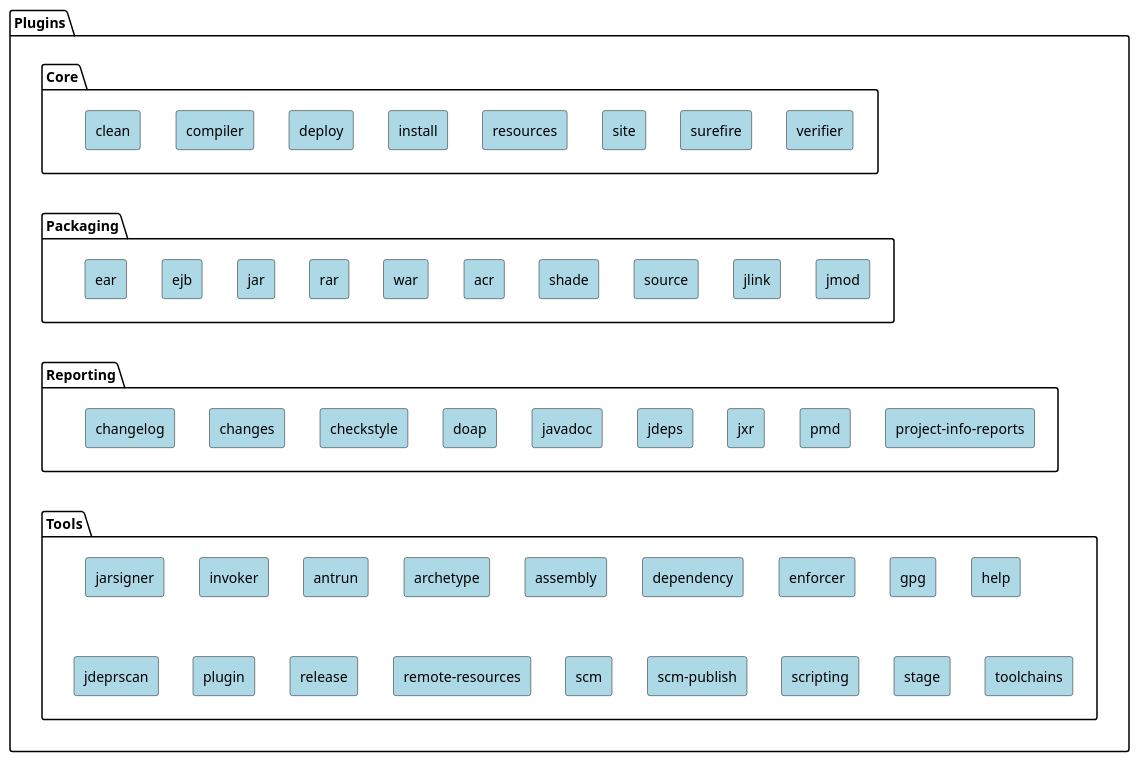
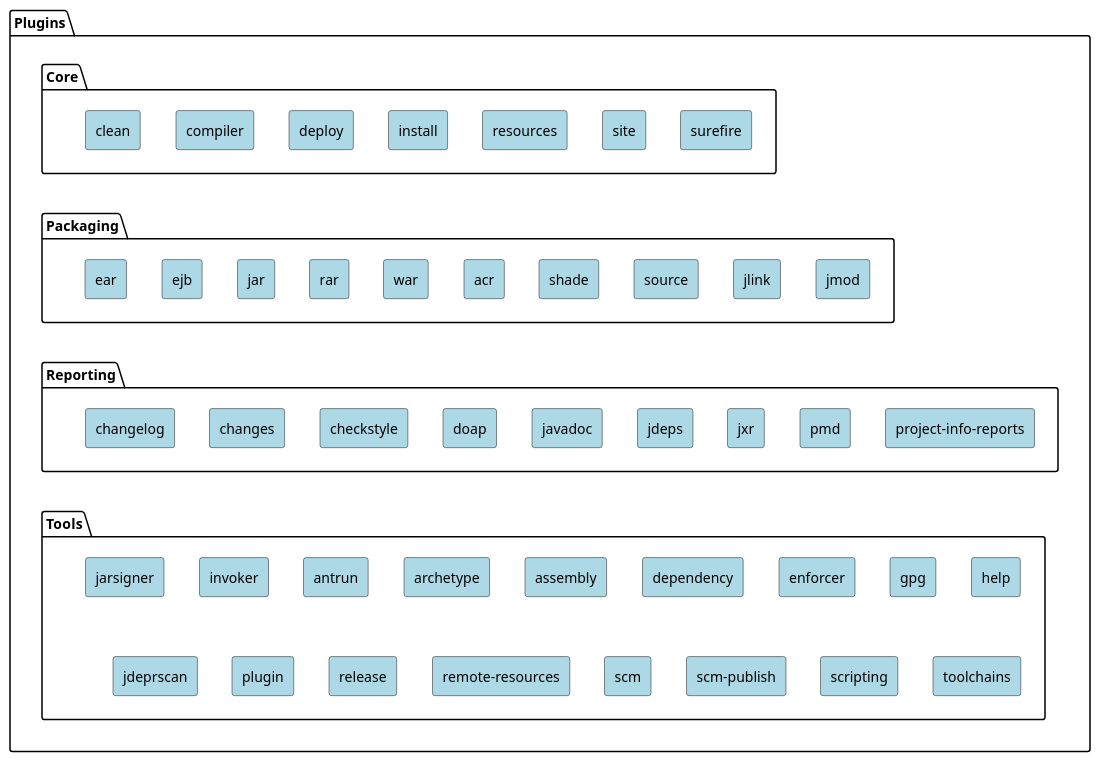
The diagram in src/plantuml/maven-sources/plugins.puml (apache/maven-site), drawn with PlantUML before and after one commit. The commit also changed 2 other files, not shown here.

Commit message:
Move the Stage and Verifier plugins to the retired list
Both were retired by the vote that passed on 2025-11-29, so they leave the
supported table and gain a row in the retired one, dated to the vote result:
https://lists.apache.org/thread/j0dqo61wlm7fxsrvgq0r718nzpjc1byk

Their entries also come out of scm.md and of the PlantUML source behind the
diagram on that page, since neither repository will accept contributions once
INFRA archives it. Removing a node means rewiring the -[hidden]> chain that
orders the diagram: scripting now points straight at toolchains, and surefire
ends the Core chain.

```diff
--- a/src/plantuml/maven-sources/plugins.puml
+++ b/src/plantuml/maven-sources/plugins.puml
@@ -19,171 +19,165 @@
 @startuml
 
 <style>
     rectangle {
         BackgroundColor LightBlue
     }
 }
 </style>
 
 package Plugins {
 
   package Core {
     rectangle clean
     rectangle compiler
     rectangle deploy
     rectangle install
     rectangle resources
     rectangle site
     rectangle surefire
-    rectangle verifier
   }
 
   package Packaging {
     rectangle ear
     rectangle ejb
     rectangle jar
     rectangle rar
     rectangle war
     rectangle acr
     rectangle shade
     rectangle source
     rectangle jlink
     rectangle jmod
   }
 
   package Reporting {
     rectangle changelog
     rectangle changes
     rectangle checkstyle
     rectangle doap
     rectangle javadoc
     rectangle jdeps
     rectangle jxr
     rectangle pmd
     rectangle "project-info-reports"
   }
 
   package Tools{
     rectangle antrun
     rectangle archetype
     rectangle assembly
     rectangle dependency
     rectangle enforcer
     rectangle gpg
     rectangle help
     rectangle invoker
     rectangle jarsigner
     rectangle jdeprscan
     rectangle plugin
     rectangle release
     rectangle "remote-resources"
     rectangle scm
     rectangle "scm-publish"
     rectangle scripting
-    rectangle stage
     rectangle toolchains
   }
 }
 
 'hidden dependencies to change layout
 Core      -[hidden]down-> Packaging
 Packaging -[hidden]down-> Reporting
 Reporting -[hidden]down-> Tools
 
 clean     -[hidden]> compiler
 compiler  -[hidden]> deploy
 deploy    -[hidden]> install
 install   -[hidden]> resources
 resources -[hidden]> site
 site      -[hidden]> surefire
-surefire  -[hidden]> verifier
 
 ear       -[hidden]> ejb
 ejb       -[hidden]> jar
 jar       -[hidden]> rar
 rar       -[hidden]> war
 war       -[hidden]> acr
 acr       -[hidden]> shade
 shade     -[hidden]> source
 source    -[hidden]> jlink
 jlink     -[hidden]> jmod
 
 changelog -[hidden]> changes
 changes  -[hidden]> checkstyle
 checkstyle -[hidden]> doap
 doap -[hidden]> javadoc
 javadoc -[hidden]> jdeps
 jdeps -[hidden]> jxr
 jxr  -[hidden]> pmd
 pmd -[hidden]> "project-info-reports"
 
 antrun -[hidden]> archetype
 archetype -[hidden]> assembly
 assembly -[hidden]> dependency
 dependency -[hidden]> enforcer
 enforcer -[hidden]> gpg
 gpg -[hidden]> help
 
 antrun -[hidden]down->jdeprscan
 jdeprscan -[hidden]> plugin
 plugin -[hidden]> release
 release -[hidden]>"remote-resources"
 "remote-resources" -[hidden]> scm
 scm -[hidden]> "scm-publish"
 "scm-publish" -[hidden]> scripting
-scripting -[hidden]> stage
-stage -[hidden]> toolchains
+scripting -[hidden]> toolchains
 
 
 
 url of clean is [[https://github.com/apache/maven-clean-plugin]]
 url of compiler is [[https://github.com/apache/maven-compiler-plugin]]
 url of deploy is [[https://github.com/apache/maven-deploy-plugin]]
 url of install is [[https://github.com/apache/maven-install-plugin]]
 url of resources is [[https://github.com/apache/maven-resources-plugin]]
 url of site is [[https://github.com/apache/maven-site-plugin]]
 url of surefire is [[https://github.com/apache/maven-surefire]]
-url of verifier is [[https://github.com/apache/maven-verifier-plugin]]
 
 url of ear is [[https://github.com/apache/maven-ear-plugin]]
 url of ejb is [[https://github.com/apache/maven-ejb-plugin]]
 url of jar is [[https://github.com/apache/maven-jar-plugin]]
 url of rar is [[https://github.com/apache/maven-rar-plugin]]
 url of war is [[https://github.com/apache/maven-war-plugin]]
 url of acr is [[https://github.com/apache/maven-acr-plugin]]
 url of shade is [[https://github.com/apache/maven-shade-plugin]]
 url of source is [[https://github.com/apache/maven-source-plugin]]
 url of jlink is [[https://github.com/apache/maven-jlink-plugin]]
 url of jmod is [[https://github.com/apache/maven-jmod-plugin]]
 
 url of changelog is [[https://github.com/apache/maven-changelog-plugin]]
 url of changes is [[https://github.com/apache/maven-changes-plugin]]
 url of checkstyle is [[https://github.com/apache/maven-checkstyle-plugin]]
 url of doap is [[https://github.com/apache/maven-doap-plugin]]
 url of javadoc is [[https://github.com/apache/maven-javadoc-plugin]]
 url of jdeps is [[https://github.com/apache/maven-jdeps-plugin]]
 url of jxr is [[https://github.com/apache/maven-jxr]]
 url of pmd is [[https://github.com/apache/maven-pmd-plugin]]
 url of "project-info-reports" is [[https://github.com/apache/maven-project-info-reports-plugin]]
 
 url of antrun is [[https://github.com/apache/maven-antrun-plugin]]
 url of archetype is [[https://github.com/apache/maven-archetype]]
 url of assembly is [[https://github.com/apache/maven-assembly-plugin]]
 url of dependency is [[https://github.com/apache/maven-dependency-plugin]]
 url of enforcer is [[https://github.com/apache/maven-enforcer]]
 url of gpg is [[https://github.com/apache/maven-gpg-plugin]]
 url of help is [[https://github.com/apache/maven-help-plugin]]
 url of invoker is [[https://github.com/apache/maven-invoker-plugin]]
 url of jarsigner is [[https://github.com/apache/maven-jarsigner-plugin]]
 url of jdeprscan is [[https://github.com/apache/maven-jdeprscan-plugin]]
 url of plugin is [[https://github.com/apache/maven-plugin-tools]]
 url of release is [[https://github.com/apache/maven-release]]
 url of "remote-resources" is [[https://github.com/apache/maven-remote-resources-plugin]]
 url of scm is [[https://github.com/apache/maven-scm]]
 url of "scm-publish" is [[https://github.com/apache/maven-scm-publish-plugin]]
 url of scripting is [[https://github.com/apache/maven-scripting-plugin]]
-url of stage is [[https://github.com/apache/maven-stage-plugin]]
 url of toolchains is [[https://github.com/apache/maven-toolchains-plugin]]
 
 
 @enduml
```
